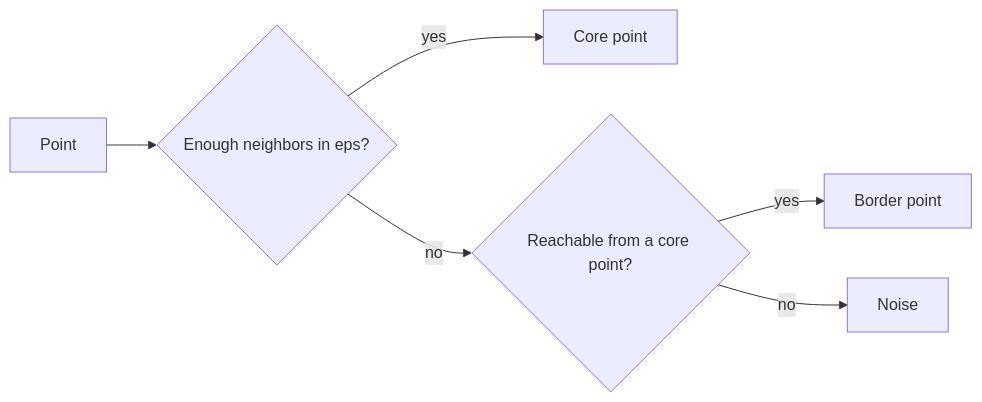
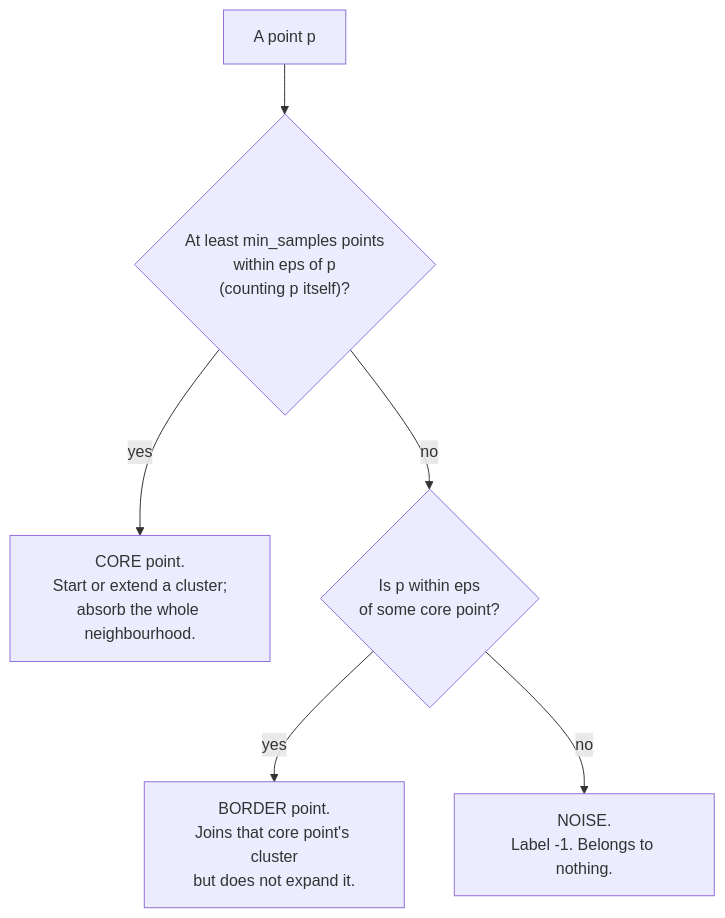
The diagram in src/content/docs/Machine Learning/Phase 06 - Unsupervised Learning & Dimensionality Reduction/DBSCAN Density-Based Clustering.mdx (Ravikisha/PythonCentralHub), drawn with Mermaid before and after one commit. The commit also changed other lines of this file and 1327 other files, not shown here.

````diff
--- a/src/content/docs/Machine Learning/Phase 06 - Unsupervised Learning & Dimensionality Reduction/DBSCAN Density-Based Clustering.mdx
+++ b/src/content/docs/Machine Learning/Phase 06 - Unsupervised Learning & Dimensionality Reduction/DBSCAN Density-Based Clustering.mdx
@@ -41,8 +40,8 @@
-```mermaid title="DBSCAN point classification" desc="Every point is classified as core, border, or noise, based on how many neighbors fall inside its eps radius."
-flowchart LR
-  P["Point"] --> Q{"Enough neighbors in eps?"}
-  Q -->|yes| C["Core point"]
-  Q -->|no| R{"Reachable from a core point?"}
-  R -->|yes| B["Border point"]
-  R -->|no| N["Noise"]
+```mermaid
+flowchart TD
+  P["A point p"] --> Q{"At least min_samples points<br/>within eps of p<br/>(counting p itself)?"}
+  Q -->|"yes"| C["CORE point.<br/>Start or extend a cluster;<br/>absorb the whole neighbourhood."]
+  Q -->|"no"| R{"Is p within eps<br/>of some core point?"}
+  R -->|"yes"| B["BORDER point.<br/>Joins that core point's cluster<br/>but does not expand it."]
+  R -->|"no"| N["NOISE.<br/>Label -1. Belongs to nothing."]
 ```
````
